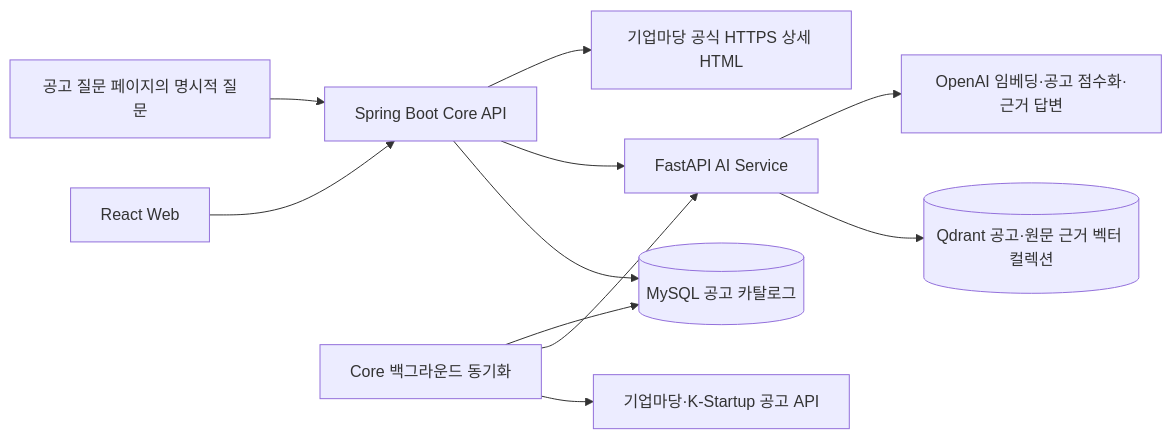
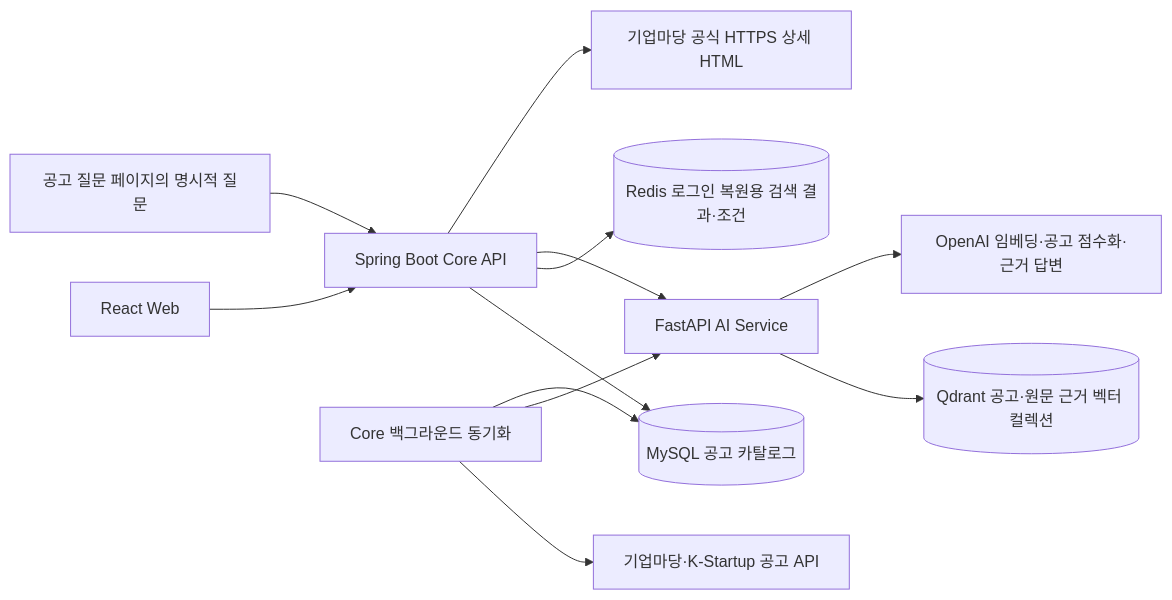
The diagram in docs/architecture/README.md (Genus-Jae/SKN34-3rd-1Team), drawn with Mermaid before and after one commit. The commit also changed other lines of this file and 2 other files, not shown here.

Commit message:
문서에 Redis 기술 구성과 검색 결과 복원 역할 보완

````diff
--- a/docs/architecture/README.md
+++ b/docs/architecture/README.md
@@ -17,13 +17,14 @@
 ```mermaid
 flowchart LR
     Web[React Web] --> Core[Spring Boot Core API]
     Core --> DB[(MySQL 공고 카탈로그)]
+    Core --> Redis[(Redis 로그인 복원용 검색 결과·조건)]
     Core --> AI[FastAPI AI Service]
     AI --> Vector[(Qdrant 공고·원문 근거 벡터 컬렉션)]
     AI --> OpenAI[OpenAI 임베딩·공고 점수화·근거 답변]
     Sync[Core 백그라운드 동기화] --> Source[기업마당·K-Startup 공고 API]
     Sync --> AI
     Sync --> DB
     EvidenceQuestion[공고 질문 페이지의 명시적 질문] --> Core
     Core --> DetailSource[기업마당 공식 HTTPS 상세 HTML]
 ```
````
